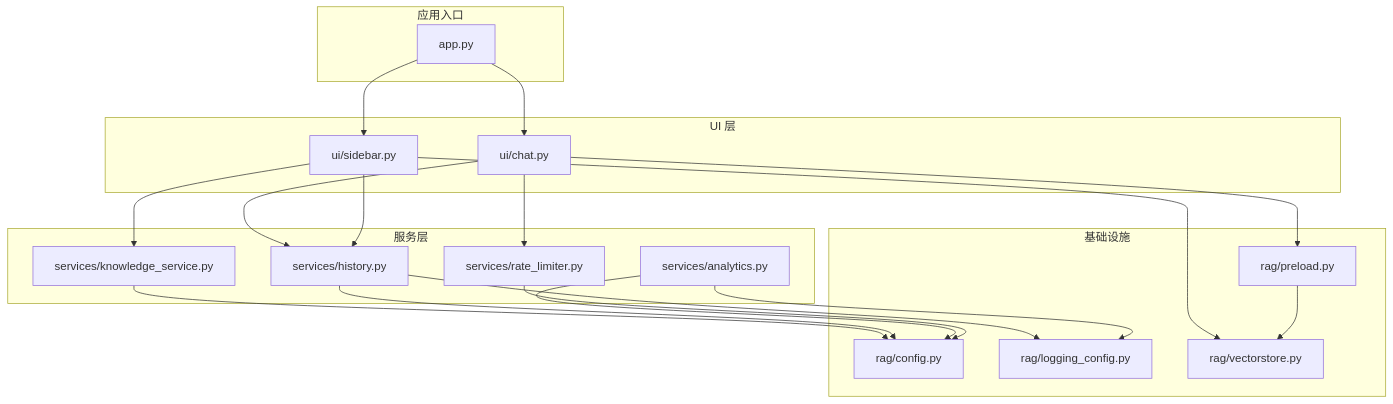
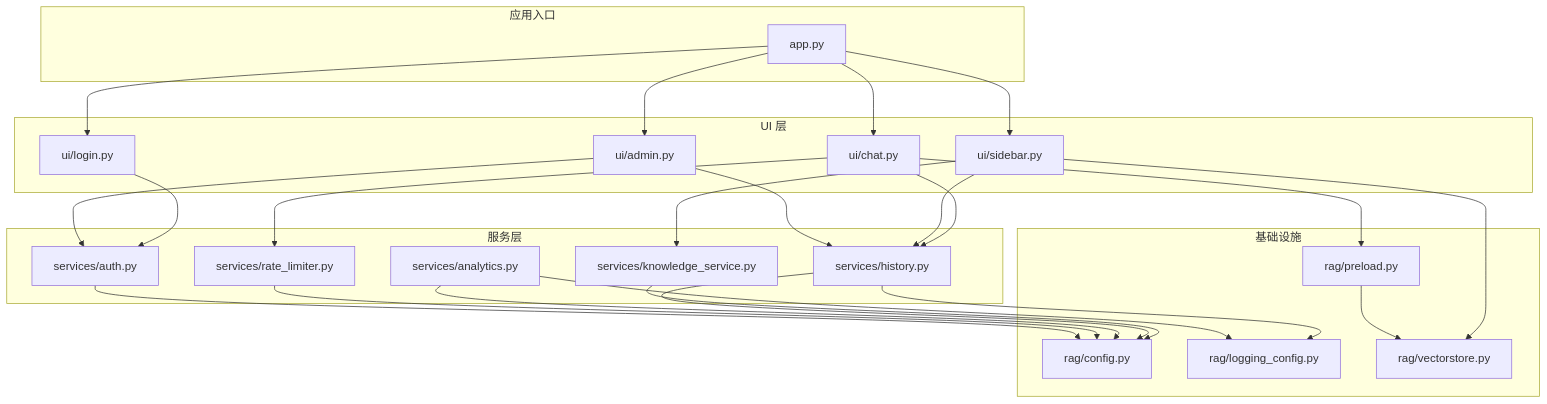
One commit to joyafa/knowledge changed the first of 9 diagrams in .qoder/repowiki/zh/content/业务服务层/业务服务层.md. Above: the diagram before and after it, drawn with Mermaid. The commit also changed other lines of this file and 16 other files, not shown here.

````diff
--- a/.qoder/repowiki/zh/content/业务服务层/业务服务层.md
+++ b/.qoder/repowiki/zh/content/业务服务层/业务服务层.md
@@ -42,37 +54,46 @@
 ```mermaid
 graph TB
 subgraph "应用入口"
 APP["app.py"]
 end
 subgraph "UI 层"
 UI_CHAT["ui/chat.py"]
 UI_SIDEBAR["ui/sidebar.py"]
+UI_LOGIN["ui/login.py"]
+UI_ADMIN["ui/admin.py"]
 end
 subgraph "服务层"
 SVC_KB["services/knowledge_service.py"]
 SVC_HIS["services/history.py"]
 SVC_ANALYTICS["services/analytics.py"]
 SVC_RATE["services/rate_limiter.py"]
+SVC_AUTH["services/auth.py"]
 end
 subgraph "基础设施"
 CFG["rag/config.py"]
 LOG["rag/logging_config.py"]
 VS["rag/vectorstore.py"]
 PRELOAD["rag/preload.py"]
 end
 APP --> UI_CHAT
 APP --> UI_SIDEBAR
+APP --> UI_LOGIN
+APP --> UI_ADMIN
 UI_CHAT --> SVC_HIS
 UI_CHAT --> SVC_RATE
 UI_CHAT --> PRELOAD
 UI_SIDEBAR --> SVC_KB
 UI_SIDEBAR --> SVC_HIS
 UI_SIDEBAR --> VS
+UI_LOGIN --> SVC_AUTH
+UI_ADMIN --> SVC_HIS
+UI_ADMIN --> SVC_AUTH
 SVC_HIS --> LOG
 SVC_ANALYTICS --> LOG
 SVC_KB --> CFG
 SVC_HIS --> CFG
 SVC_ANALYTICS --> CFG
 SVC_RATE --> CFG
+SVC_AUTH --> CFG
 PRELOAD --> VS
 ```
````
